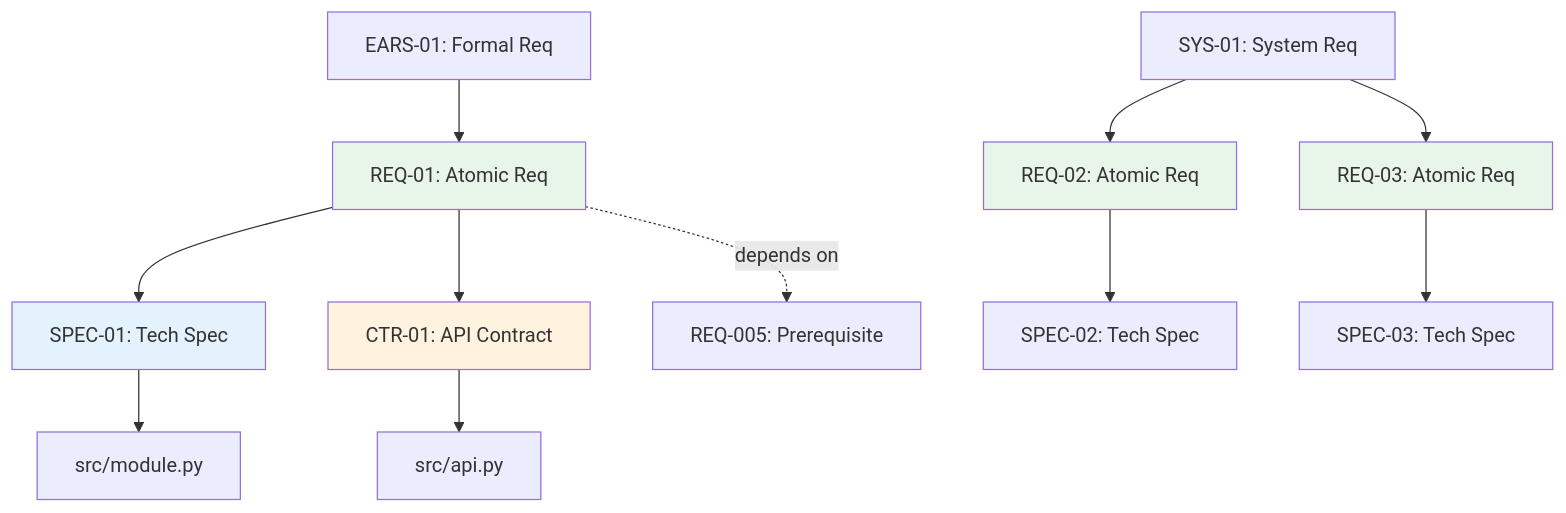
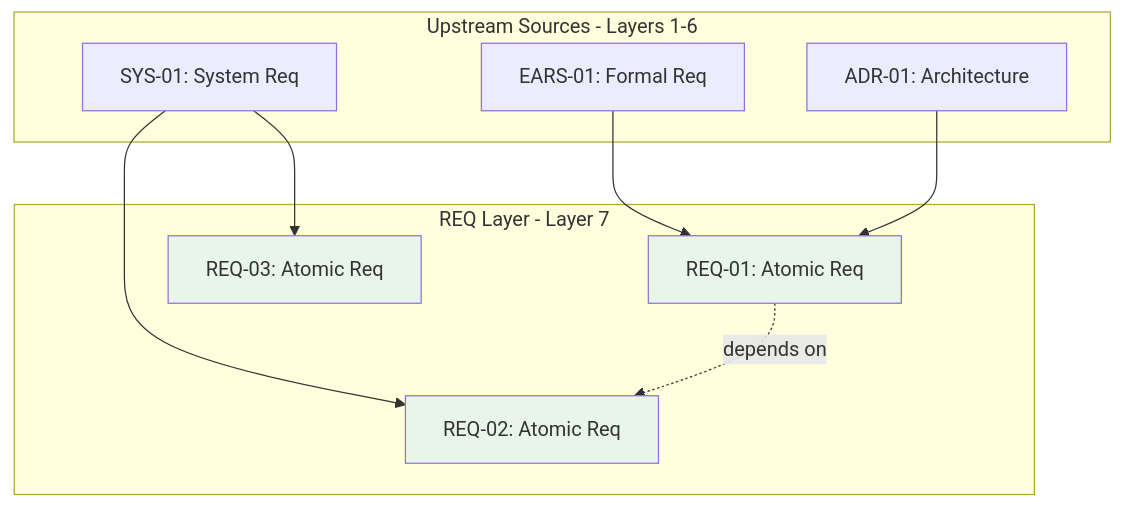
Before and after one commit to vladm3105/aidoc-flow-framework: the diagram in ai_dev_flow/REQ/REQ-000_TRACEABILITY_MATRIX-TEMPLATE.md, drawn with Mermaid. The commit also changed other lines of this file and 6 other files, not shown here.

First line of the commit message:
docs: refactor ADR traceability matrix to upstream-only focus

````diff
--- a/ai_dev_flow/REQ/REQ-000_TRACEABILITY_MATRIX-TEMPLATE.md
+++ b/ai_dev_flow/REQ/REQ-000_TRACEABILITY_MATRIX-TEMPLATE.md
@@ -351,22 +365,25 @@
 ```mermaid
 graph TD
-    EARS001[EARS-01: Formal Req] --> REQ01[REQ-01: Atomic Req]
-    SYS001[SYS-01: System Req] --> REQ02[REQ-02: Atomic Req]
-    SYS001 --> REQ03[REQ-03: Atomic Req]
+    subgraph Upstream[Upstream Sources - Layers 1-6]
+        EARS001[EARS-01: Formal Req]
+        SYS001[SYS-01: System Req]
+        ADR001[ADR-01: Architecture]
+    end
 
-    REQ01 --> SPEC01[SPEC-01: Tech Spec]
-    REQ01 --> CTR01[CTR-01: API Contract]
-    REQ02 --> SPEC002[SPEC-02: Tech Spec]
-    REQ03 --> SPEC003[SPEC-03: Tech Spec]
+    subgraph Current[REQ Layer - Layer 7]
+        REQ01[REQ-01: Atomic Req]
+        REQ02[REQ-02: Atomic Req]
+        REQ03[REQ-03: Atomic Req]
+    end
 
-    SPEC01 --> Code1[src/module.py]
-    CTR01 --> Code2[src/api.py]
+    EARS001 --> REQ01
+    SYS001 --> REQ02
+    SYS001 --> REQ03
+    ADR001 --> REQ01
 
-    REQ01 -.depends on.-> REQ005[REQ-005: Prerequisite]
+    REQ01 -.depends on.-> REQ02
 
     style REQ01 fill:#e8f5e9
     style REQ02 fill:#e8f5e9
     style REQ03 fill:#e8f5e9
-    style SPEC01 fill:#e3f2fd
-    style CTR01 fill:#fff3e0
 ```
````
